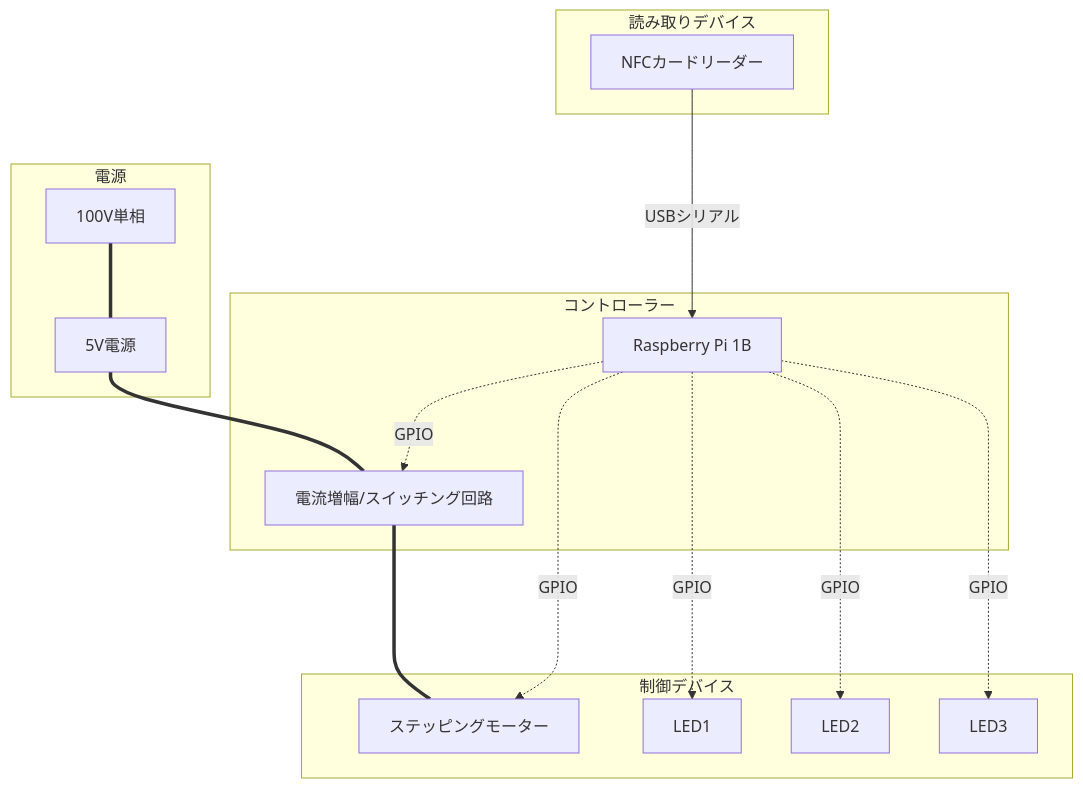
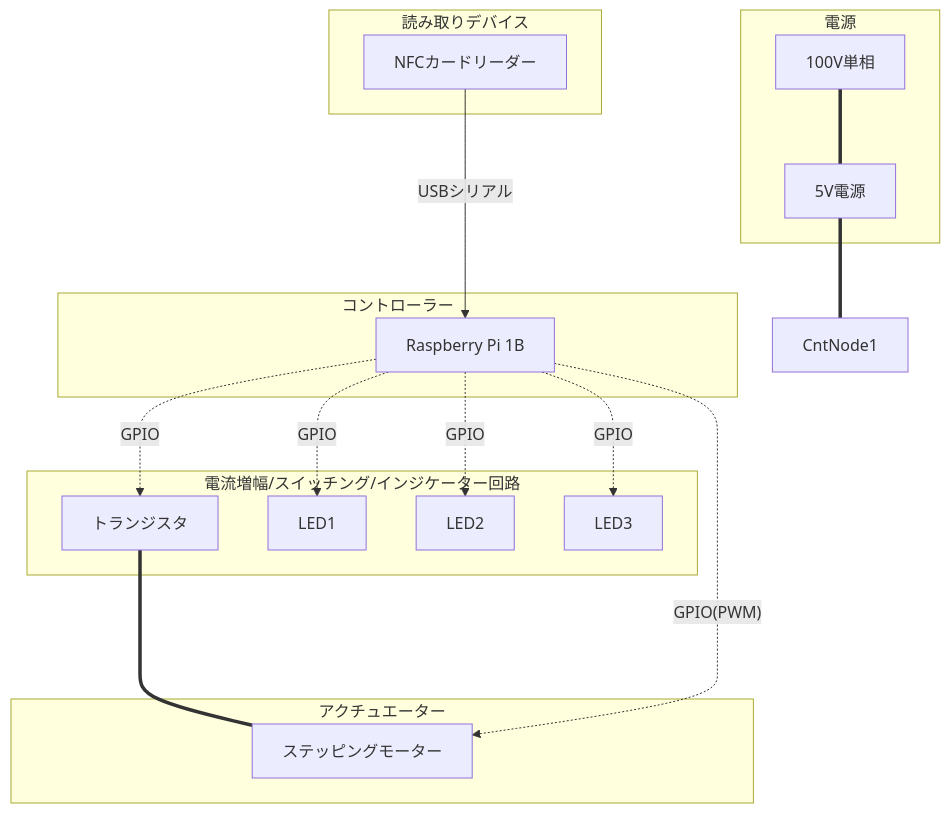
The first of 3 diagrams in memo/SystemMEMO.md (YUKI-SOKENDAI/SmartLock), drawn with Mermaid before and after one commit.

````diff
--- a/memo/SystemMEMO.md
+++ b/memo/SystemMEMO.md
@@ -11,29 +11,31 @@
 ```mermaid
 flowchart TD;
     subgraph コントローラー
         CntNode0[Raspberry Pi 1B];
-        CntNode1[電流増幅/スイッチング回路];
     end
     subgraph 電源
         100V単相;
         5V電源;
     end
-    subgraph 制御デバイス
+    subgraph アクチュエーター
         ステッピングモーター;
+    end
+    subgraph 電流増幅/スイッチング/インジケーター回路
+        トランジスタ;
         LED1;
         LED2;
         LED3;
     end
     subgraph 読み取りデバイス
         NFCカードリーダー;
     end
     100V単相===5V電源;
     5V電源===CntNode1;
     NFCカードリーダー--->|USBシリアル|CntNode0;
-    CntNode0-.GPIO-.->CntNode1;
-    CntNode1====ステッピングモーター;
-    CntNode0-.GPIO-.->ステッピングモーター;
+    CntNode0-.GPIO-.->トランジスタ;
+    トランジスタ====ステッピングモーター;
+    CntNode0-.GPIO(PWM)-.->ステッピングモーター;
     CntNode0-.GPIO-.->LED1;
     CntNode0-.GPIO-.->LED2;
     CntNode0-.GPIO-.->LED3;
 ```
````
